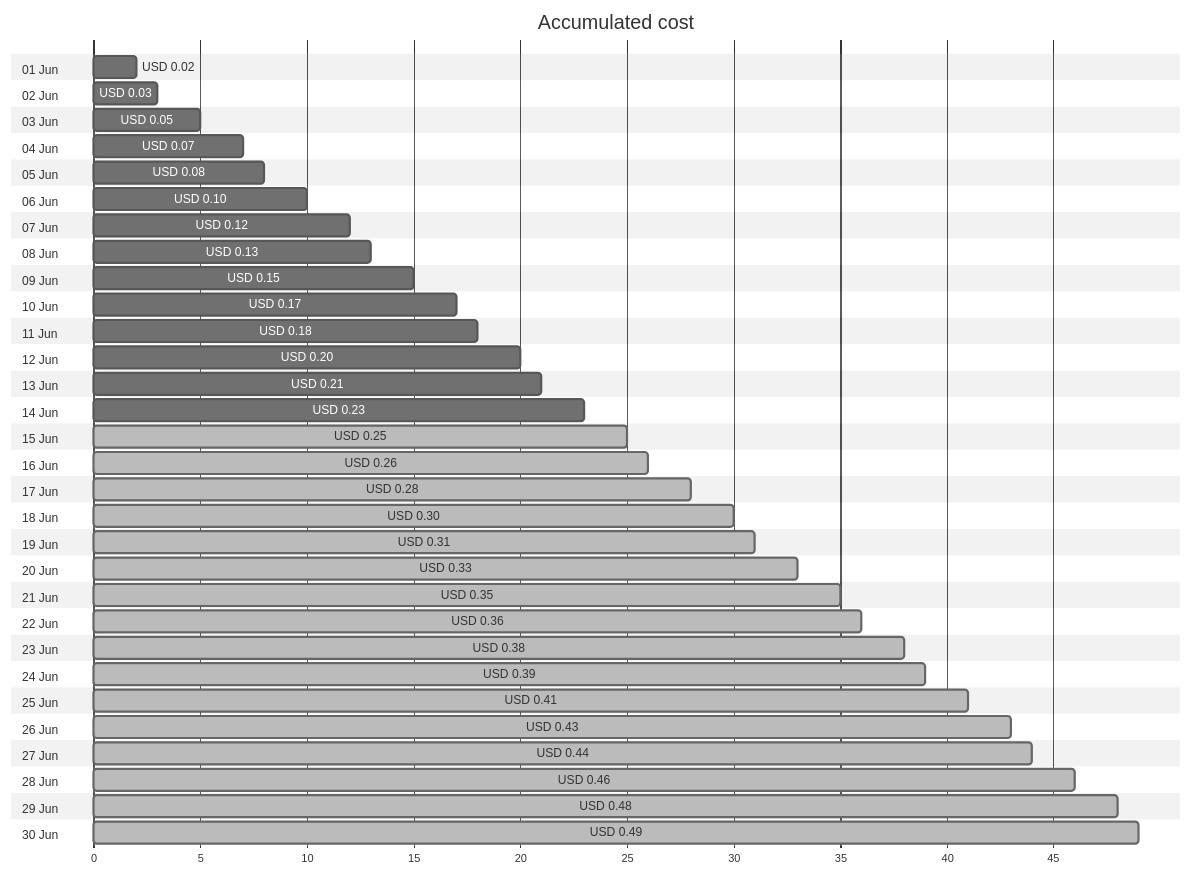
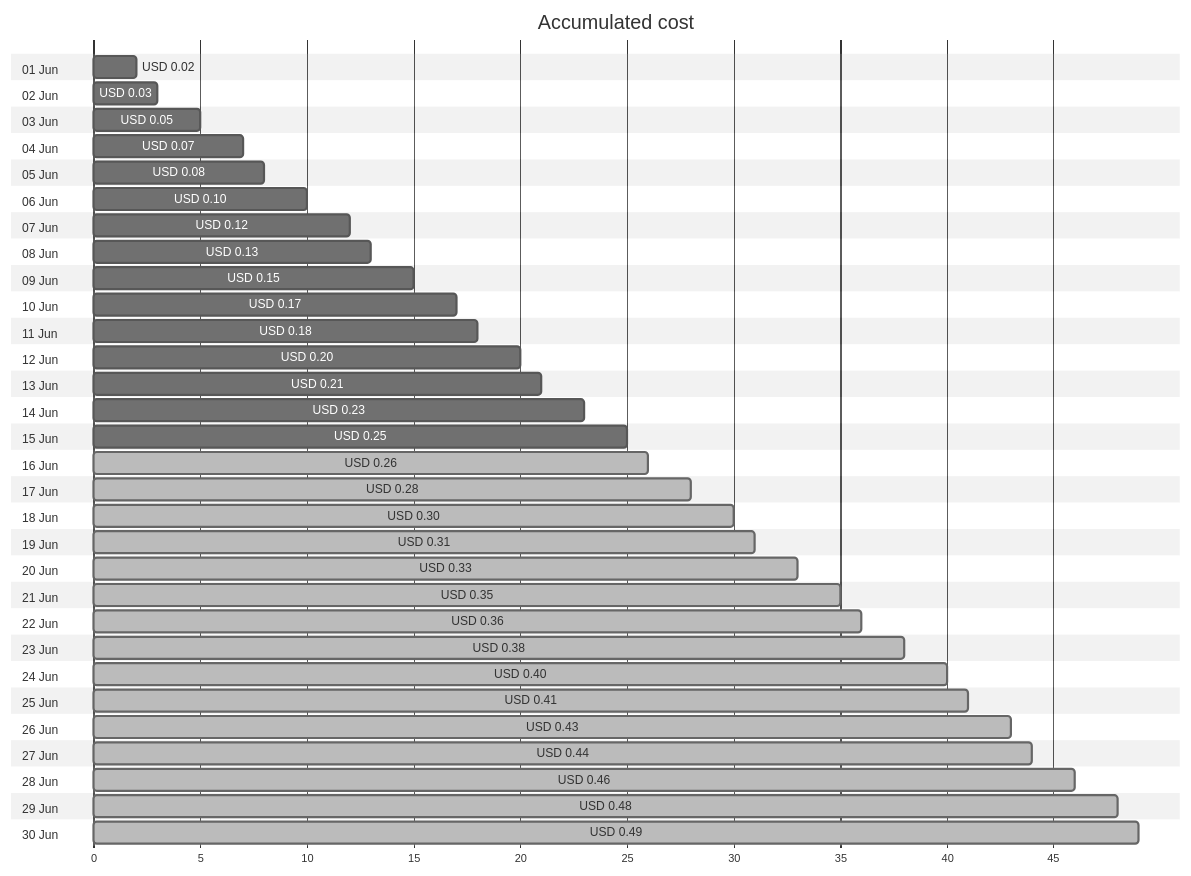
Before and after one commit to jpfulton/azure-personal-reports: the first of 4 diagrams in cost-reports/personal-dns/jpatrickfulton.dev.md, drawn with Mermaid (neutral theme). The commit also changed other lines of this file and 2 other files, not shown here.

````diff
--- a/cost-reports/personal-dns/jpatrickfulton.dev.md
+++ b/cost-reports/personal-dns/jpatrickfulton.dev.md
@@ -20,66 +20,66 @@
 ```mermaid
 gantt
    title Accumulated cost
    dateFormat  X
    axisFormat %s
    section 01 Jun
    USD 0.02 :0, 2
    section 02 Jun
    USD 0.03 :0, 3
    section 03 Jun
    USD 0.05 :0, 5
    section 04 Jun
    USD 0.07 :0, 7
    section 05 Jun
    USD 0.08 :0, 8
    section 06 Jun
    USD 0.10 :0, 10
    section 07 Jun
    USD 0.12 :0, 12
    section 08 Jun
    USD 0.13 :0, 13
    section 09 Jun
    USD 0.15 :0, 15
    section 10 Jun
    USD 0.17 :0, 17
    section 11 Jun
    USD 0.18 :0, 18
    section 12 Jun
    USD 0.20 :0, 20
    section 13 Jun
    USD 0.21 :0, 21
    section 14 Jun
    USD 0.23 :0, 23
    section 15 Jun
-   USD 0.25 : done, 0, 25
+   USD 0.25 :0, 25
    section 16 Jun
    USD 0.26 : done, 0, 26
    section 17 Jun
    USD 0.28 : done, 0, 28
    section 18 Jun
    USD 0.30 : done, 0, 30
    section 19 Jun
    USD 0.31 : done, 0, 31
    section 20 Jun
    USD 0.33 : done, 0, 33
    section 21 Jun
    USD 0.35 : done, 0, 35
    section 22 Jun
    USD 0.36 : done, 0, 36
    section 23 Jun
    USD 0.38 : done, 0, 38
    section 24 Jun
-   USD 0.39 : done, 0, 39
+   USD 0.40 : done, 0, 40
    section 25 Jun
    USD 0.41 : done, 0, 41
    section 26 Jun
    USD 0.43 : done, 0, 43
    section 27 Jun
    USD 0.44 : done, 0, 44
    section 28 Jun
    USD 0.46 : done, 0, 46
    section 29 Jun
    USD 0.48 : done, 0, 48
    section 30 Jun
    USD 0.49 : done, 0, 49
 ```
````
